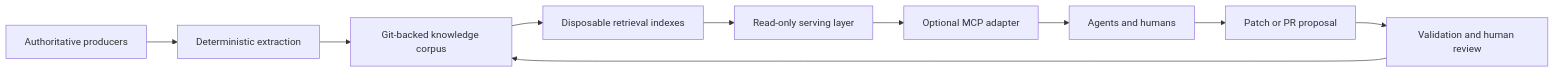
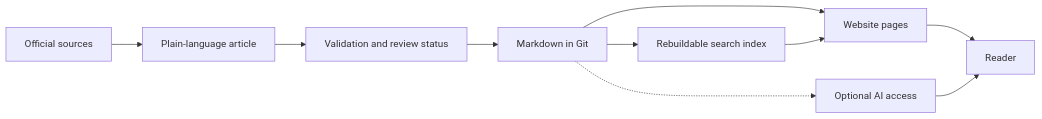
The diagram in knowledge/ai/ai-tooling/knowledge-bases-creation-management-and-optimization.md (David-A18/MY-humble-knowledge-for-everyone), drawn with Mermaid before and after one commit. The commit also changed other lines of this file and 5 other files, not shown here.

Commit message:
Teach MCP and knowledge article flow

````diff
--- a/knowledge/ai/ai-tooling/knowledge-bases-creation-management-and-optimization.md
+++ b/knowledge/ai/ai-tooling/knowledge-bases-creation-management-and-optimization.md
@@ -24,12 +56,12 @@
 ```mermaid
 flowchart LR
-    Producers["Authoritative producers"] --> Extraction["Deterministic extraction"]
-    Extraction --> Corpus["Git-backed knowledge corpus"]
-    Corpus --> Indexes["Disposable retrieval indexes"]
-    Indexes --> Serving["Read-only serving layer"]
-    Serving --> MCP["Optional MCP adapter"]
-    MCP --> Agents["Agents and humans"]
-    Agents --> Proposal["Patch or PR proposal"]
-    Proposal --> Review["Validation and human review"]
-    Review --> Corpus
+  sources["Official sources"] --> author["Plain-language article"]
+  author --> review["Validation and review status"]
+  review --> git["Markdown in Git"]
+  git --> site["Website pages"]
+  git --> search["Rebuildable search index"]
+  search --> site
+  git -.-> mcp["Optional AI access"]
+  site --> reader["Reader"]
+  mcp --> reader
 ```
````
